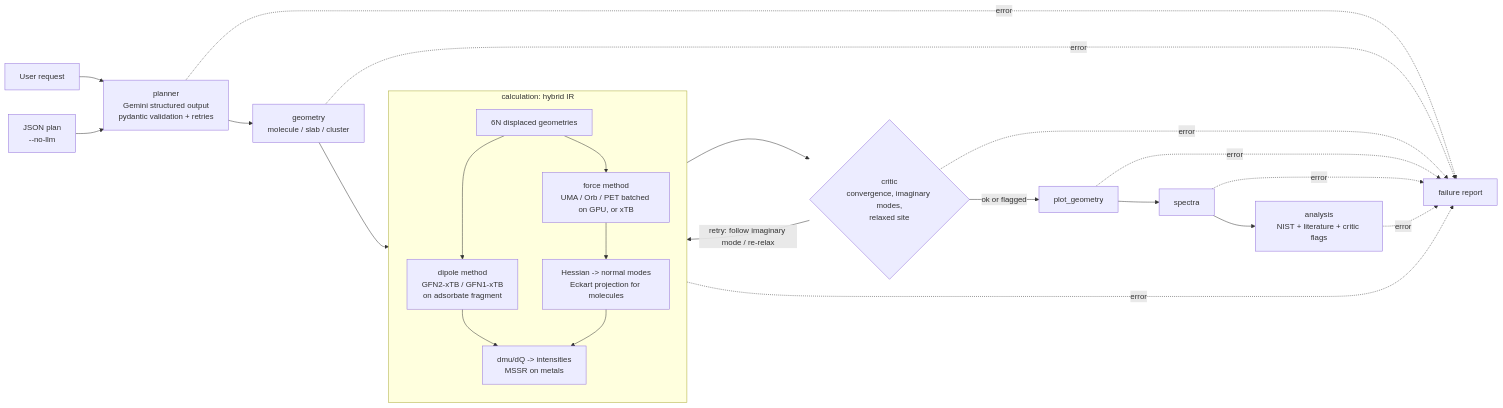
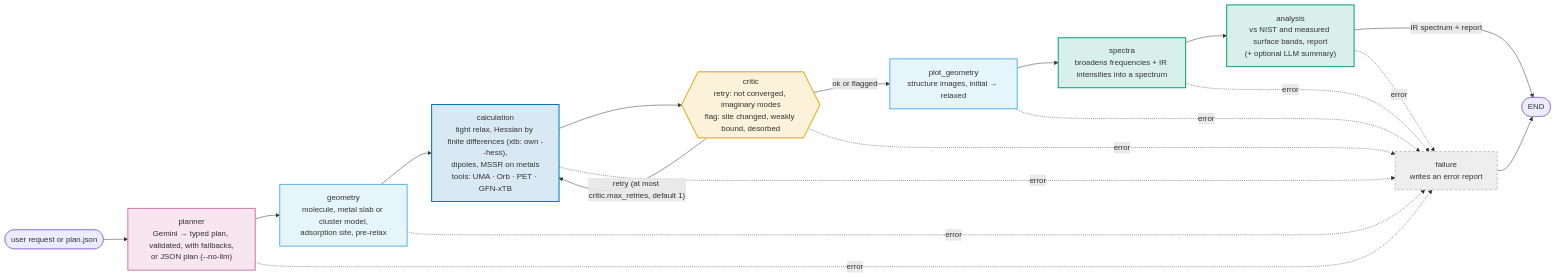
Before and after one commit to ryanlai666/IR_spectra_agent: the diagram in README.md, drawn with Mermaid. The commit also changed other lines of this file and 3 other files, not shown here.

Commit message:
Overview: LangGraph workflow flowchart and Mermaid graph

````diff
--- a/README.md
+++ b/README.md
@@ -71,19 +15,27 @@
 ```mermaid
 flowchart LR
-  U[User request] --> P[planner<br/>Gemini structured output<br/>pydantic validation + retries]
-  J[JSON plan<br/>--no-llm] --> P
-  P --> G[geometry<br/>molecule / slab / cluster]
-  G --> C[calculation]
-  C --> K{critic<br/>convergence, imaginary modes,<br/>relaxed site}
-  K -- retry: follow imaginary mode / re-relax --> C
-  K -- ok or flagged --> PG[plot_geometry] --> S[spectra] --> A[analysis<br/>NIST + literature + critic flags]
-  P & G & C & K & PG & S & A -.error.-> F[failure report]
-  subgraph C[calculation: hybrid IR]
-    direction TB
-    D[6N displaced geometries] --> FE[force method<br/>UMA / Orb / PET batched on GPU, or xTB]
-    D --> DE[dipole method<br/>GFN2-xTB / GFN1-xTB<br/>on adsorbate fragment]
-    FE --> H[Hessian -> normal modes<br/>Eckart projection for molecules]
-    DE --> M[dmu/dQ -> intensities<br/>MSSR on metals]
-    H --> M
-  end
+  request(["user request or plan.json"]) --> planner
+  planner["planner<br/>Gemini → typed plan, validated, with fallbacks,<br/>or JSON plan (--no-llm)"] --> geometry
+  geometry["geometry<br/>molecule, metal slab or cluster model,<br/>adsorption site, pre-relax"] --> calculation
+  calculation["calculation<br/>tight relax, Hessian by finite differences (xtb: own --hess),<br/>dipoles, MSSR on metals<br/>tools: UMA · Orb · PET · GFN-xTB"] --> critic
+  critic{{"critic<br/>retry: not converged, imaginary modes<br/>flag: site changed, weakly bound, desorbed"}}
+  critic -- "retry (at most critic.max_retries, default 1)" --> calculation
+  critic -- "ok or flagged" --> plot_geometry
+  plot_geometry["plot_geometry<br/>structure images, initial → relaxed"] --> spectra
+  spectra["spectra<br/>broadens frequencies + IR intensities into a spectrum"] --> analysis
+  analysis["analysis<br/>vs NIST and measured surface bands, report<br/>(+ optional LLM summary)"] -- "IR spectrum + report" --> END(["END"])
+  planner & geometry & calculation & critic & plot_geometry & spectra & analysis -. error .-> failure
+  failure["failure<br/>writes an error report"] --> END
+  classDef llm fill:#F7E5EF,stroke:#CC79A7,stroke-width:2px
+  classDef structure fill:#E6F4FC,stroke:#56B4E9,stroke-width:2px
+  classDef compute fill:#D9E9F4,stroke:#0072B2,stroke-width:2px
+  classDef check fill:#FCF1D9,stroke:#E69F00,stroke-width:2px
+  classDef output fill:#D9F0EA,stroke:#009E73,stroke-width:2px
+  classDef fail fill:#EEEEEE,stroke:#8C8C8C,stroke-dasharray:5 4
+  class planner llm
+  class geometry,plot_geometry structure
+  class calculation compute
+  class critic check
+  class spectra,analysis output
+  class failure fail
 ```
````
